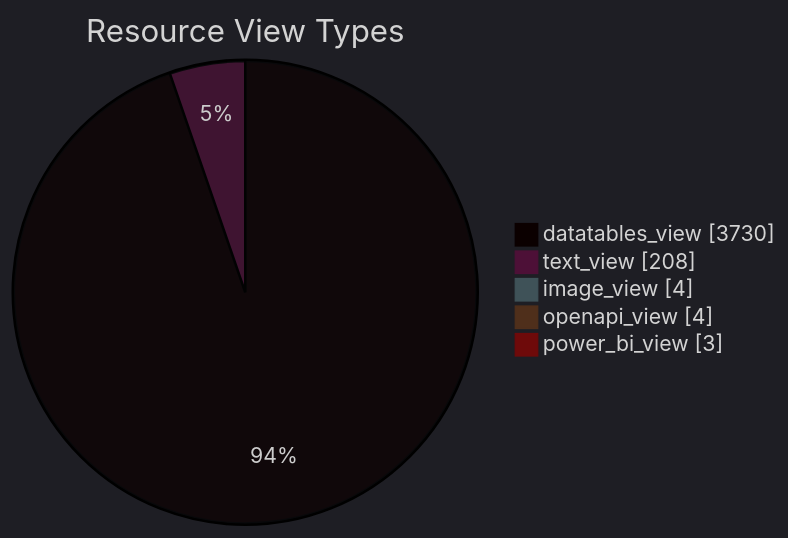
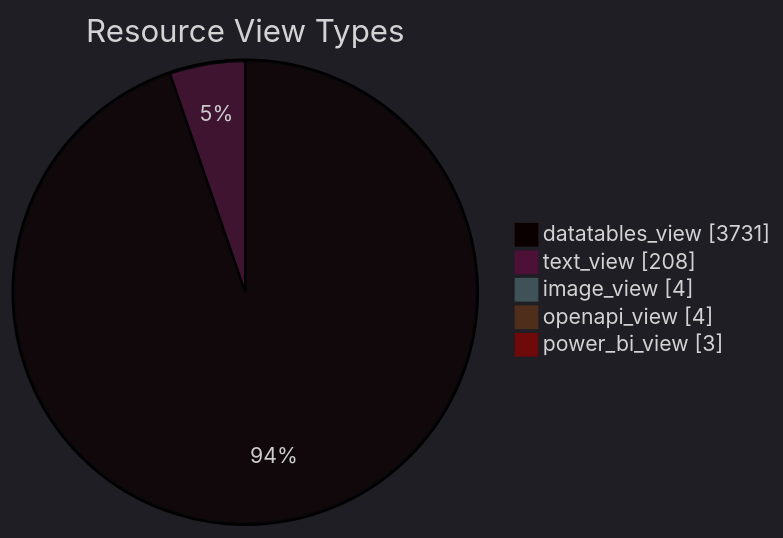
Before and after one commit to open-data/analytics-corporate-reporting: the diagram in datastore_tracker/resource_view_types_pie_chart.md, drawn with Mermaid. The commit also changed 9 other files, not shown here.

````diff
--- a/datastore_tracker/resource_view_types_pie_chart.md
+++ b/datastore_tracker/resource_view_types_pie_chart.md
@@ -2,12 +2,12 @@
 ```mermaid
 ---
 config:
   theme: dark
 ---
 pie showData title Resource View Types
-    "datatables_view": 3730
+    "datatables_view": 3731
     "text_view": 208
     "image_view": 4
     "openapi_view": 4
     "power_bi_view": 3
 ```
````
